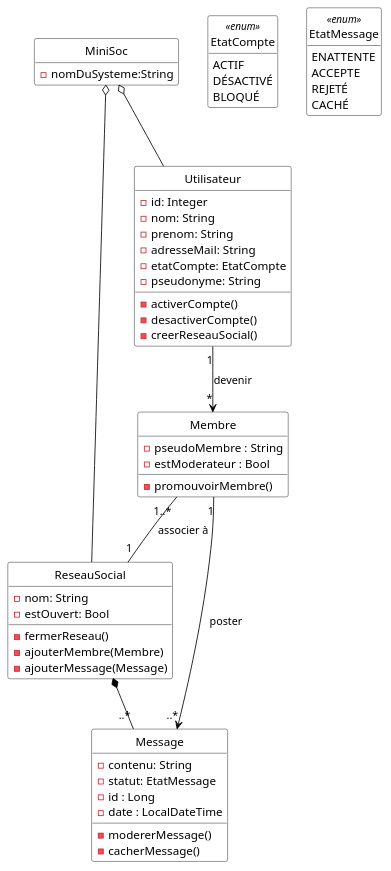
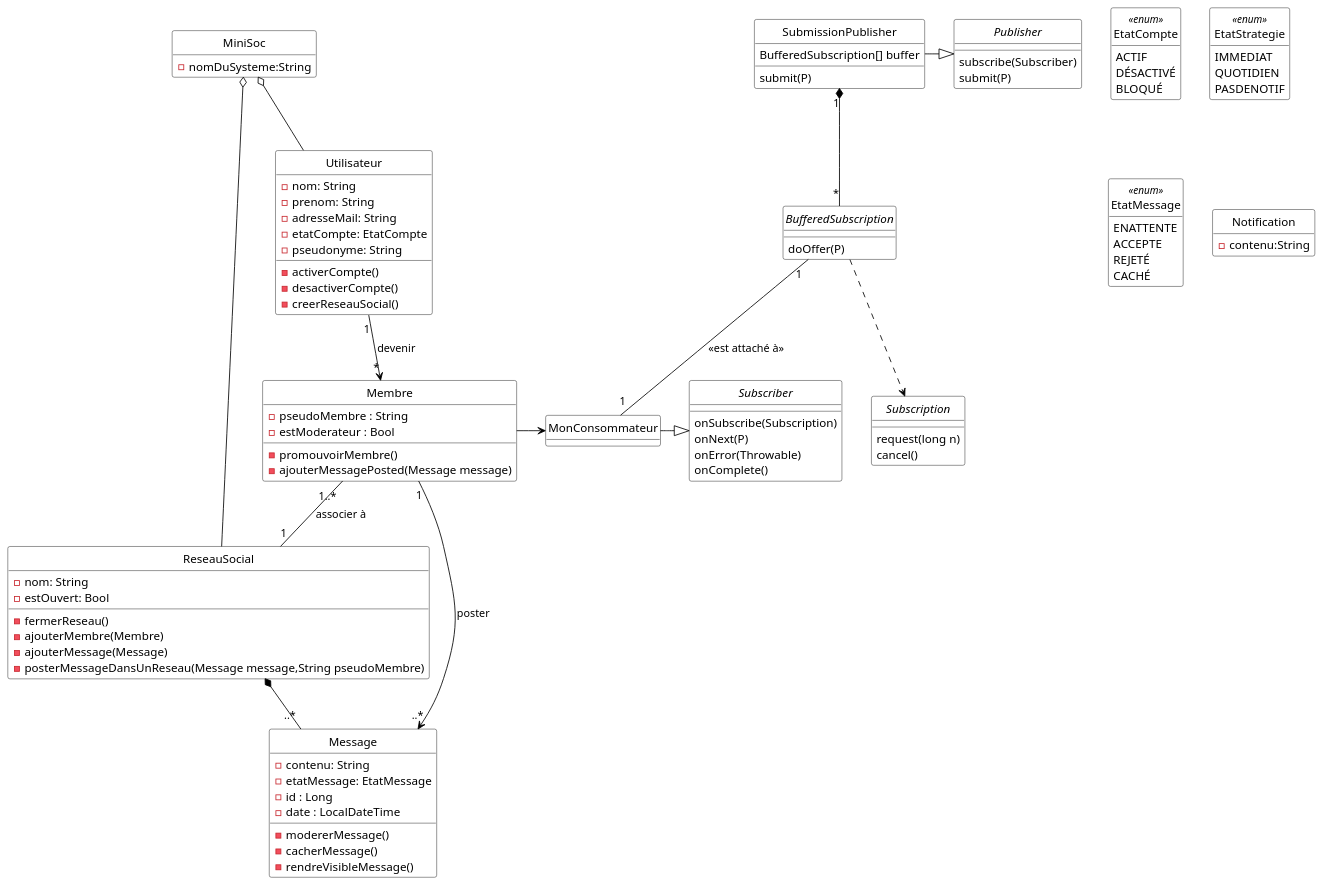
The diagram in Diagrammes/minisocs_uml_diag_classes_sans_notif.pu (yesminete/MiniSocs), drawn with PlantUML before and after one commit. The commit also changed 10 other files, not shown here.

```diff
--- a/Diagrammes/minisocs_uml_diag_classes_sans_notif.pu
+++ b/Diagrammes/minisocs_uml_diag_classes_sans_notif.pu
@@ -1,81 +1,132 @@
 @startuml
 
 'Diagramme de classes (PlantUML)'
 
 'Configuration charte graphique'
 hide empty methods
 hide circle
 skinparam class {
   BackgroundColor White
   ArrowColor Black
   BorderColor Black
 }
 
 'Classes, énumérations, etc.'
 class ReseauSocial {
   -nom: String
   -estOuvert: Bool
   -fermerReseau()
   -ajouterMembre(Membre)
   -ajouterMessage(Message)
+  -posterMessageDansUnReseau(Message message,String pseudoMembre)
 }
 
 
 class Utilisateur {
-  -id: Integer
   -nom: String
   -prenom: String
   -adresseMail: String
   -etatCompte: EtatCompte
   -pseudonyme: String
   -activerCompte()
   -desactiverCompte()
   -creerReseauSocial()
 }
 
 
 class Membre{
   -pseudoMembre : String
   -estModerateur : Bool
   -promouvoirMembre()
+  -ajouterMessagePosted(Message message)
 }
 
 class Message{
   -contenu: String
-  -statut: EtatMessage
+  -etatMessage: EtatMessage
   -id : Long
   -date : LocalDateTime
   -modererMessage()
   -cacherMessage()
+  -rendreVisibleMessage()
 }
 
 class MiniSoc{
 -nomDuSysteme:String
 }
 
 enum EtatCompte <<enum>> {
   ACTIF
   DÉSACTIVÉ
   BLOQUÉ
 }
 
+enum EtatStrategie <<enum>> {
+  IMMEDIAT
+  QUOTIDIEN
+  PASDENOTIF
+}
+
+
 enum EtatMessage <<enum>>{
   ENATTENTE
   ACCEPTE
   REJETÉ
   CACHÉ
+}
+
+
+interface Publisher {
+  subscribe(Subscriber)
+  submit(P)
+}
+
+interface Subscription {
+  request(long n)
+  cancel()
+}
+
+interface Subscriber {
+  onSubscribe(Subscription)
+  onNext(P)
+  onError(Throwable)
+  onComplete()
+}
+
+class SubmissionPublisher {
+  BufferedSubscription[] buffer
+  submit(P)
+}
+
+interface BufferedSubscription{
+  doOffer(P)
+}
+
+class MonConsommateur{
+
+}
+
+class Notification{
+  -contenu:String
 }
 
 'Associations, etc.'
 
 MiniSoc o-- Utilisateur
 MiniSoc o-- ReseauSocial
 Utilisateur "1"-->"*" Membre : devenir 
 Membre "1..*"--"1" ReseauSocial : associer à
 Membre "1"-->"..*" Message : poster
 ReseauSocial *--"..*" Message
+SubmissionPublisher -|> Publisher
+SubmissionPublisher "1" *-- "*" BufferedSubscription
+BufferedSubscription .down.> Subscription 
+MonConsommateur -|> Subscriber
+Membre -> MonConsommateur
+BufferedSubscription "1" -- "1" MonConsommateur : <<est attaché à>>
+
 
 
 'Au besoin, aides pour le positionnement'
 
 @enduml
```
